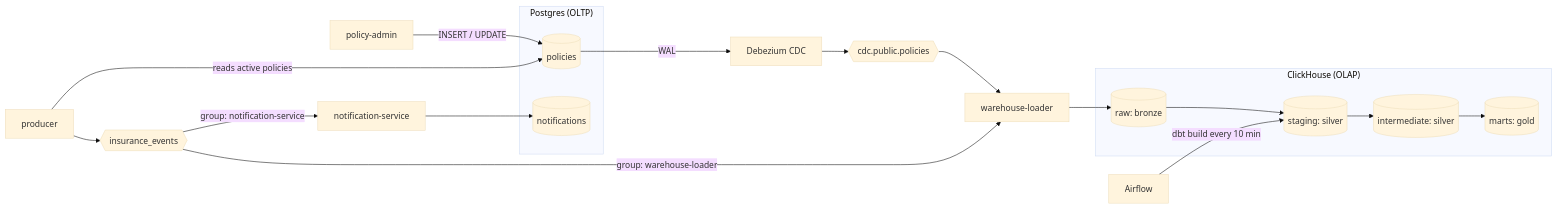
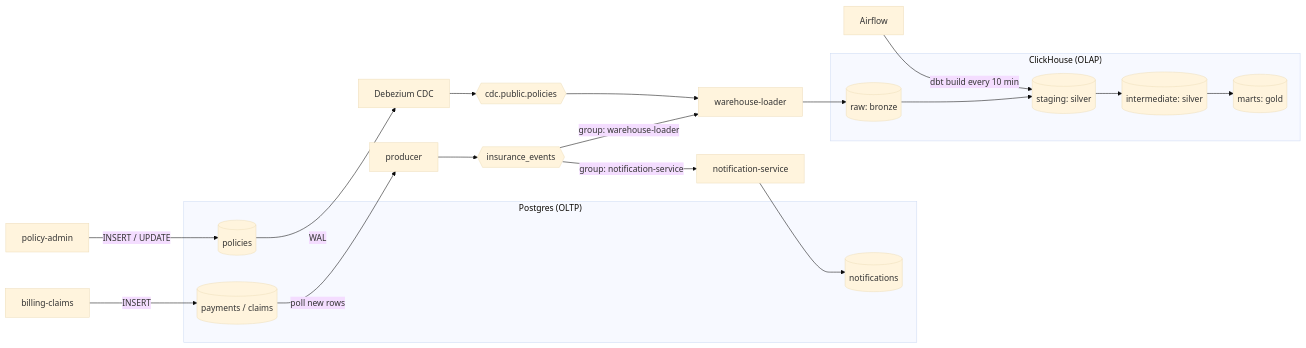
One commit to sgogo0228/insurance-event-pipeline changed the diagram in README.md. Above: the diagram before and after it, drawn with Mermaid (base theme). The commit also changed other lines of this file and 15 other files, not shown here.

````diff
--- a/README.md
+++ b/README.md
@@ -14,27 +15,29 @@
 ```mermaid
 flowchart LR
     subgraph OLTP["Postgres (OLTP)"]
         policies[(policies)]
+        billing[(payments / claims)]
         notifications[(notifications)]
     end
 
     admin[policy-admin] -->|INSERT / UPDATE| policies
     policies -->|WAL| debezium[Debezium CDC]
     debezium --> t2{{cdc.public.policies}}
 
-    producer[producer] -->|reads active policies| policies
+    bc[billing-claims] -->|INSERT| billing
+    billing -->|poll new rows| producer[producer]
     producer --> t1{{insurance_events}}
 
     t1 -->|group: notification-service| notif[notification-service]
     notif --> notifications
 
     t1 -->|group: warehouse-loader| loader[warehouse-loader]
     t2 --> loader
 
     subgraph OLAP["ClickHouse (OLAP)"]
         raw[(raw: bronze)] --> stg[(staging: silver)] --> int[(intermediate: silver)] --> marts[(marts: gold)]
     end
 
     loader --> raw
     airflow[Airflow] -->|dbt build every 10 min| stg
 ```
````
